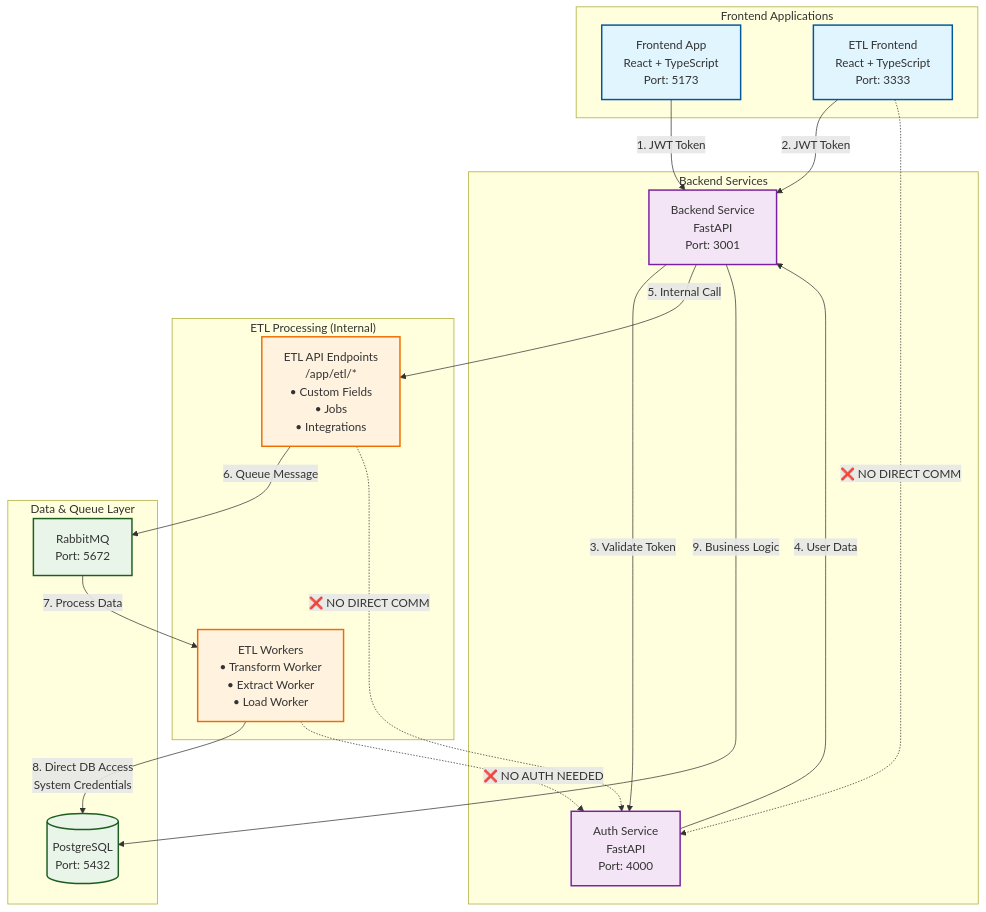
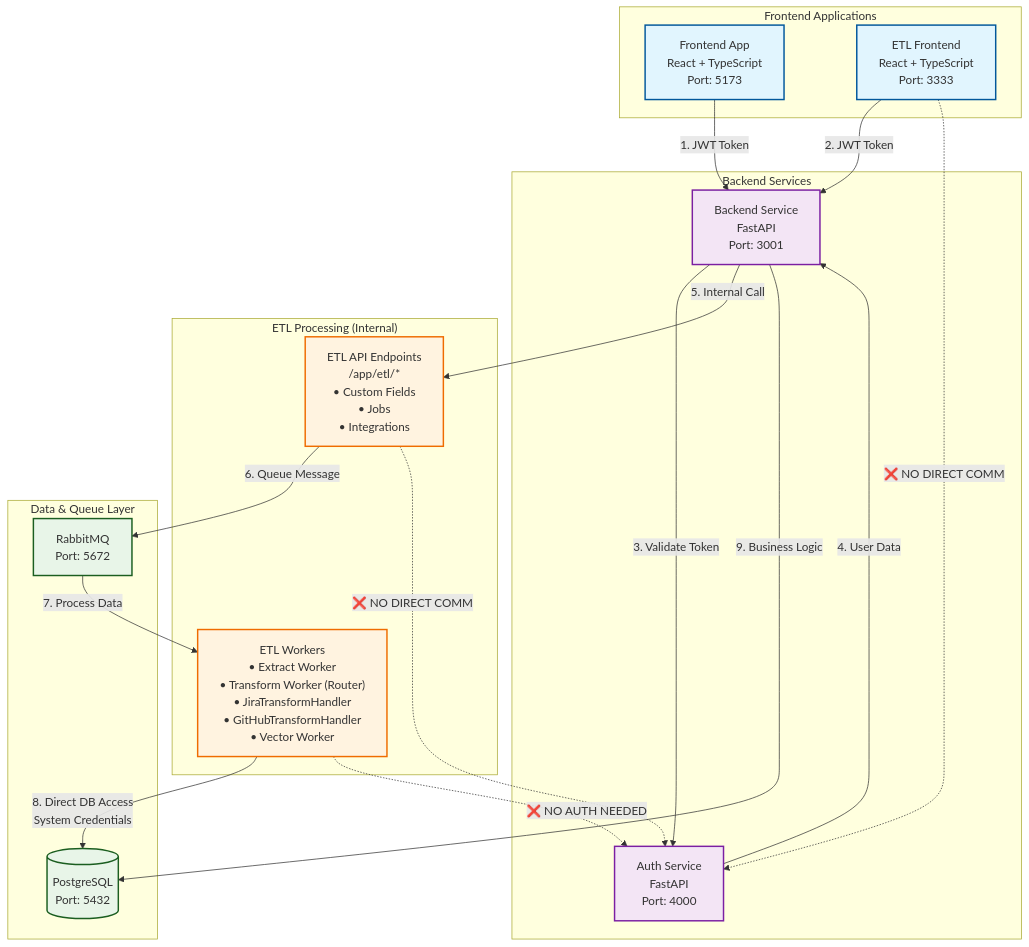
One commit to gustavoquinelato-wexinc/health-pulse changed the fifth of 7 diagrams in docs/ARCHITECTURE_DIAGRAMS.md. Above: the diagram before and after it, drawn with Mermaid. The commit also changed other lines of this file and 30 other files, not shown here.

````diff
--- a/docs/ARCHITECTURE_DIAGRAMS.md
+++ b/docs/ARCHITECTURE_DIAGRAMS.md
@@ -306,58 +312,58 @@
 ```mermaid
 graph TD
     %% Frontend Layer
     subgraph "Frontend Applications"
         FA[Frontend App<br/>React + TypeScript<br/>Port: 5173]
         ETL[ETL Frontend<br/>React + TypeScript<br/>Port: 3333]
     end
 
     %% Service Layer
     subgraph "Backend Services"
         BS[Backend Service<br/>FastAPI<br/>Port: 3001]
         AS[Auth Service<br/>FastAPI<br/>Port: 4000]
     end
 
     %% ETL Processing (Internal to Backend)
     subgraph "ETL Processing (Internal)"
         ETL_API[ETL API Endpoints<br/>/app/etl/*<br/>• Custom Fields<br/>• Jobs<br/>• Integrations]
-        ETL_WORKERS[ETL Workers<br/>• Transform Worker<br/>• Extract Worker<br/>• Load Worker]
+        ETL_WORKERS["ETL Workers<br/>• Extract Worker<br/>• Transform Worker (Router)<br/>• JiraTransformHandler<br/>• GitHubTransformHandler<br/>• Vector Worker"]
     end
 
     %% Data Layer
     subgraph "Data & Queue Layer"
         PG[(PostgreSQL<br/>Port: 5432)]
         RMQ[RabbitMQ<br/>Port: 5672]
     end
 
     %% Authentication Flows
     FA -->|1. JWT Token| BS
     ETL -->|2. JWT Token| BS
     BS -->|3. Validate Token| AS
     AS -->|4. User Data| BS
 
     %% Internal ETL Processing (No Auth Required)
     BS -->|5. Internal Call| ETL_API
     ETL_API -->|6. Queue Message| RMQ
     RMQ -->|7. Process Data| ETL_WORKERS
     ETL_WORKERS -->|8. Direct DB Access<br/>System Credentials| PG
 
     %% No Direct Communication
     ETL -.->|❌ NO DIRECT COMM| AS
     ETL_API -.->|❌ NO DIRECT COMM| AS
     ETL_WORKERS -.->|❌ NO AUTH NEEDED| AS
 
     %% Annotations
     BS -->|9. Business Logic| PG
 
     %% Styling
     classDef frontend fill:#e1f5fe,stroke:#01579b,stroke-width:2px
     classDef service fill:#f3e5f5,stroke:#7b1fa2,stroke-width:2px
     classDef etl fill:#fff3e0,stroke:#ef6c00,stroke-width:2px
     classDef data fill:#e8f5e8,stroke:#1b5e20,stroke-width:2px
     classDef nocomm fill:#ffebee,stroke:#c62828,stroke-width:2px,stroke-dasharray: 5 5
 
     class FA,ETL frontend
     class BS,AS service
     class ETL_API,ETL_WORKERS etl
     class PG,RMQ data
 ```
````
